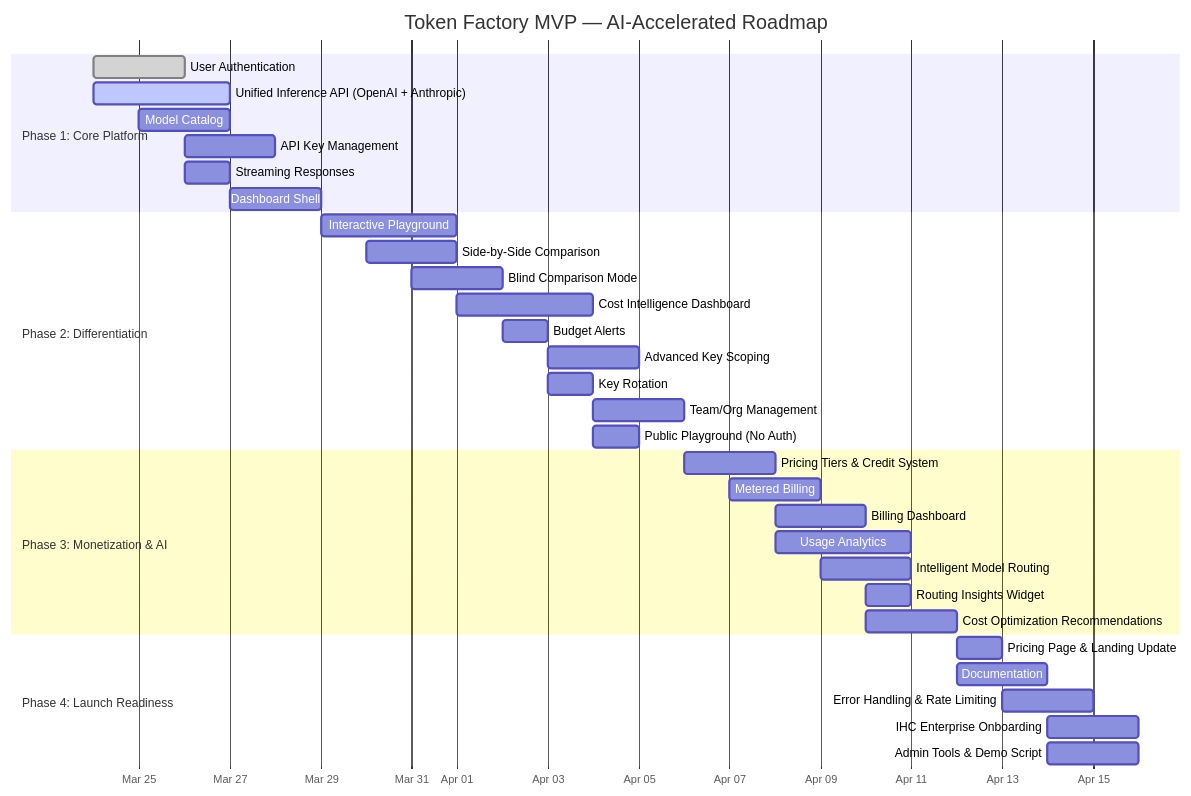
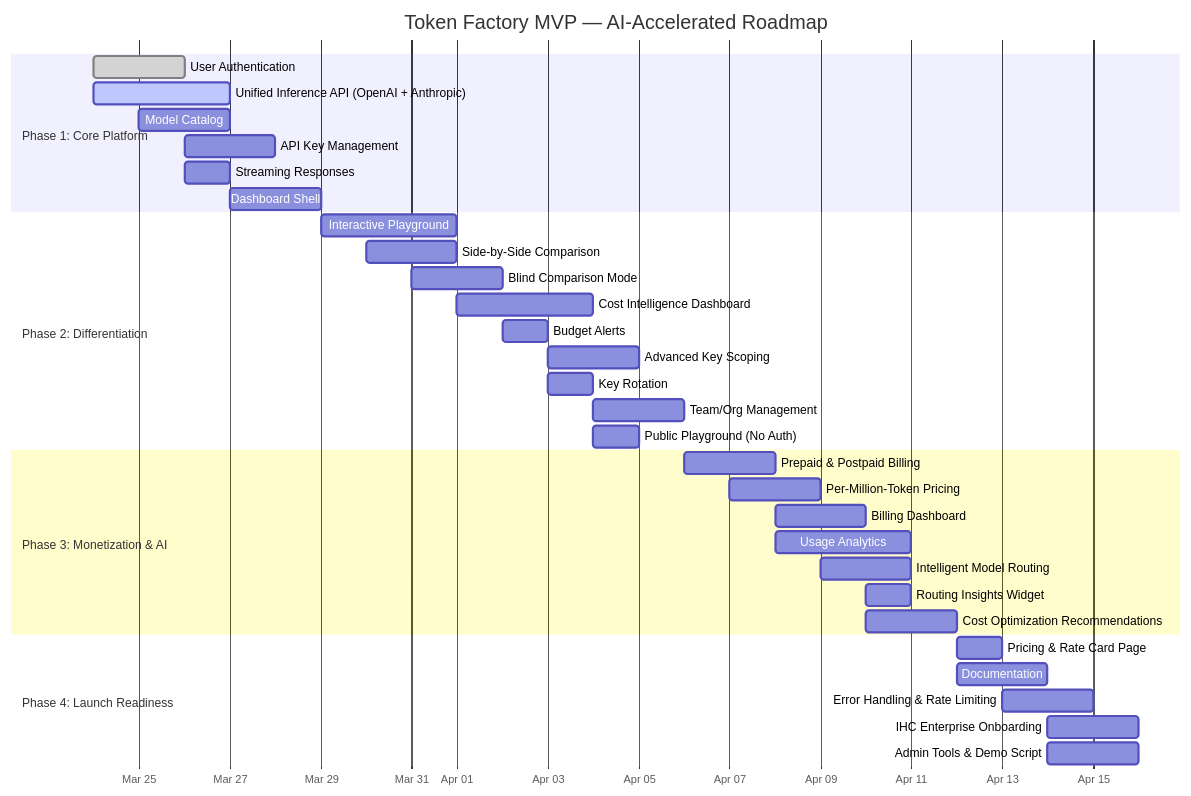
Before and after one commit to tbm26gagankapoor-create/Infinia-Ecosystem: the diagram in presentation/docs/product-strategy.md, drawn with Mermaid. The commit also changed other lines of this file and 71 other files, not shown here.

````diff
--- a/presentation/docs/product-strategy.md
+++ b/presentation/docs/product-strategy.md
@@ -74,37 +74,37 @@
 ```mermaid
 gantt
     title Token Factory MVP — AI-Accelerated Roadmap
     dateFormat YYYY-MM-DD
     axisFormat %b %d
     section Phase 1: Core Platform
         User Authentication              :done, 2026-03-24, 2d
         Unified Inference API (OpenAI + Anthropic):active, 2026-03-24, 3d
         Model Catalog                    :2026-03-25, 2d
         API Key Management               :2026-03-26, 2d
         Streaming Responses              :2026-03-26, 1d
         Dashboard Shell                  :2026-03-27, 2d
     section Phase 2: Differentiation
         Interactive Playground           :2026-03-29, 3d
         Side-by-Side Comparison          :2026-03-30, 2d
         Blind Comparison Mode            :2026-03-31, 2d
         Cost Intelligence Dashboard      :2026-04-01, 3d
         Budget Alerts                    :2026-04-02, 1d
         Advanced Key Scoping             :2026-04-03, 2d
         Key Rotation                     :2026-04-03, 1d
         Team/Org Management              :2026-04-04, 2d
         Public Playground (No Auth)      :2026-04-04, 1d
     section Phase 3: Monetization & AI
-        Pricing Tiers & Credit System    :2026-04-06, 2d
-        Metered Billing                  :2026-04-07, 2d
+        Prepaid & Postpaid Billing       :2026-04-06, 2d
+        Per-Million-Token Pricing        :2026-04-07, 2d
         Billing Dashboard                :2026-04-08, 2d
         Usage Analytics                  :2026-04-08, 3d
         Intelligent Model Routing        :2026-04-09, 2d
         Routing Insights Widget          :2026-04-10, 1d
         Cost Optimization Recommendations:2026-04-10, 2d
     section Phase 4: Launch Readiness
-        Pricing Page & Landing Update    :2026-04-12, 1d
+        Pricing & Rate Card Page         :2026-04-12, 1d
         Documentation                    :2026-04-12, 2d
         Error Handling & Rate Limiting   :2026-04-13, 2d
         IHC Enterprise Onboarding        :2026-04-14, 2d
         Admin Tools & Demo Script        :2026-04-14, 2d
 ```
````
